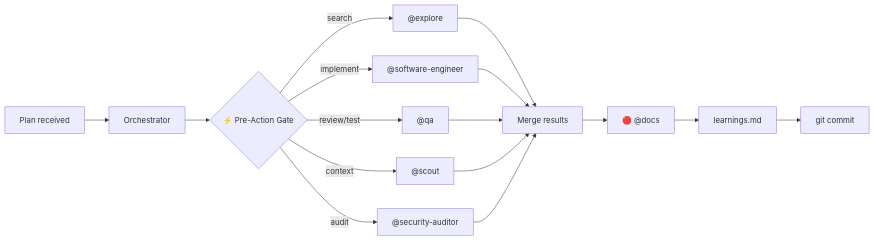
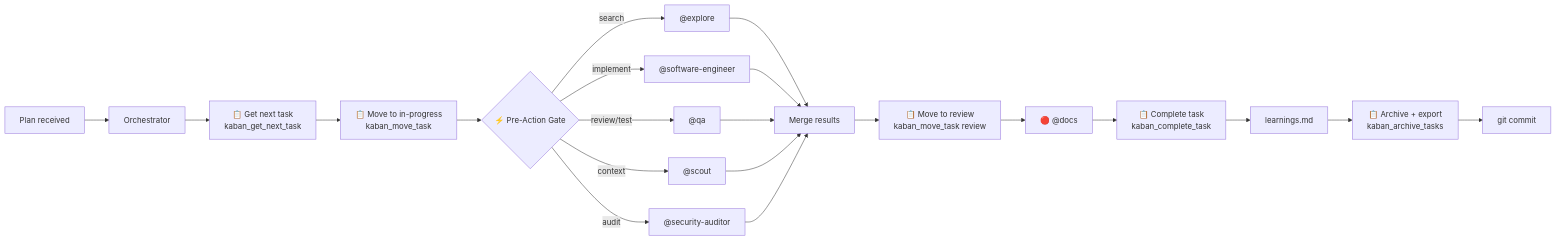
Before and after one commit to jtmb/ingenium: the fourth of 4 diagrams in docs/agents.md, drawn with Mermaid. The commit also changed other lines of this file and 62 other files, not shown here.

````diff
--- a/docs/agents.md
+++ b/docs/agents.md
@@ -294,18 +386,23 @@
 ```mermaid
 flowchart LR
     PLAN["Plan received"] --> O["Orchestrator"]
-    O --> GATE{"⚡ Pre-Action Gate"}
+    O --> KGET["📋 Get next task<br/>kaban_get_next_task"]
+    KGET --> KPROG["📋 Move to in-progress<br/>kaban_move_task"]
+    KPROG --> GATE{"⚡ Pre-Action Gate"}
     GATE -->|"search"| EXP["@explore"]
     GATE -->|"implement"| SE["@software-engineer"]
     GATE -->|"review/test"| QA["@qa"]
     GATE -->|"audit"| AUDIT["@security-auditor"]
     GATE -->|"context"| SCOUT["@scout"]
     EXP --> MERGE["Merge results"]
     SE --> MERGE
     QA --> MERGE
     SCOUT --> MERGE
     AUDIT --> MERGE
-    MERGE --> DOC["🔴 @docs"]
-    DOC --> LEARN["learnings.md"]
-    LEARN --> COMMIT["git commit"]
+    MERGE --> KREV["📋 Move to review<br/>kaban_move_task <id> review"]
+    KREV --> DOC["🔴 @docs"]
+    DOC --> KCOMPLETE["📋 Complete task<br/>kaban_complete_task"]
+    KCOMPLETE --> LEARN["learnings.md"]
+    LEARN --> KARCHIVE["📋 Archive + export<br/>kaban_archive_tasks"]
+    KARCHIVE --> COMMIT["git commit"]
 ```
````
